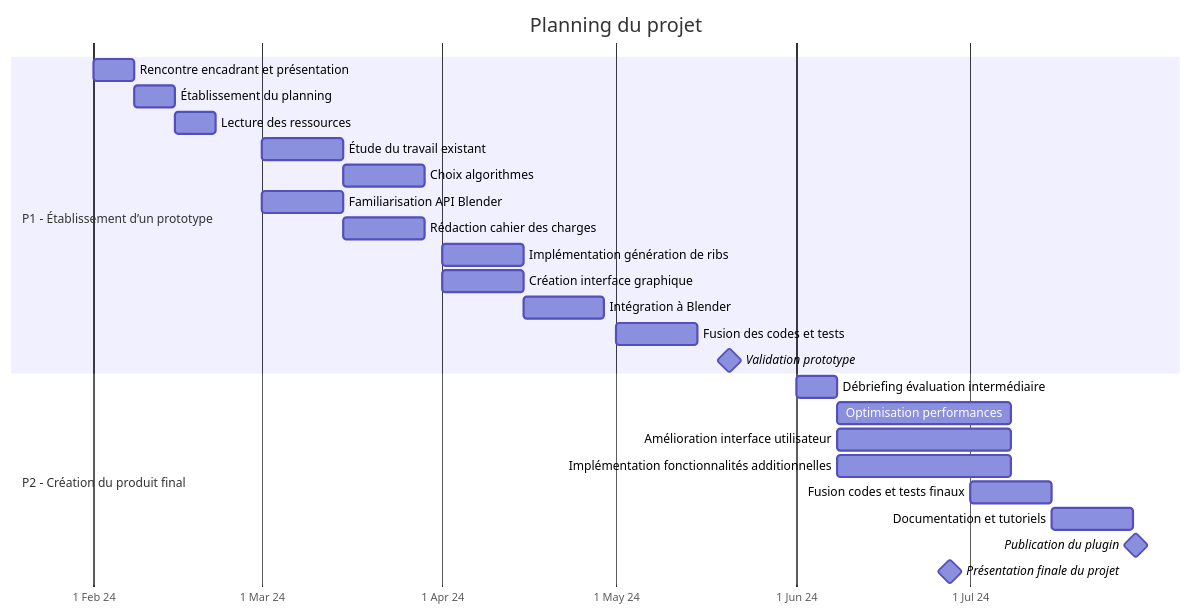
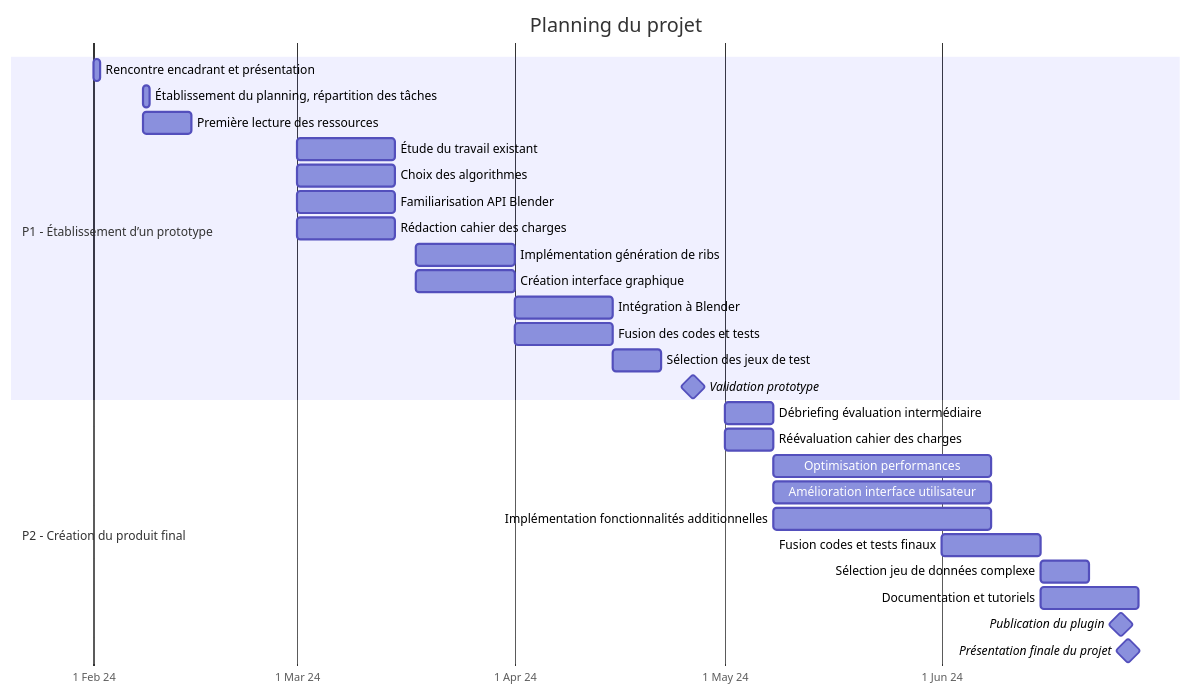
Before and after one commit to AlexisSkynner/Spineloft: the diagram in PLANNING.md, drawn with Mermaid.

````diff
--- a/PLANNING.md
+++ b/PLANNING.md
@@ -15,33 +15,36 @@
 ```mermaid
 gantt
 title Planning du projet
 dateFormat DD/MM/YYYY
 axisFormat %e %b %y
 tickInterval 1month
 weekday monday
 todayMarker off
 
 section P1 - Établissement d’un prototype
-Rencontre encadrant et présentation: 01/02/2024, 1w
-Établissement du planning: 08/02/2024, 1w
-Lecture des ressources: 15/02/2024, 1w
+Rencontre encadrant et présentation: 01/02/2024, 1d
+Établissement du planning, répartition des tâches: 08/02/2024, 1d
+Première lecture des ressources: 08/02/2024, 1w
 Étude du travail existant: 01/03/2024, 2w
-Choix algorithmes: 15/03/2024, 2w
+Choix des algorithmes: 01/03/2024, 2w
 Familiarisation API Blender: 01/03/2024, 2w
-Rédaction cahier des charges: 15/03/2024, 2w
-Implémentation génération de ribs: 01/04/2024, 2w
-Création interface graphique: 01/04/2024, 2w
-Intégration à Blender: 15/04/2024, 2w
-Fusion des codes et tests: 01/05/2024, 2w
-Validation prototype: milestone, 20/05/2024, 1d
+Rédaction cahier des charges: 01/03/2024, 2w
+Implémentation génération de ribs: 18/03/2024, 2w
+Création interface graphique: 18/03/2024, 2w
+Intégration à Blender: 01/04/2024, 2w
+Fusion des codes et tests: 01/04/2024, 2w
+Sélection des jeux de test: 15/04/2024, 1w
+Validation prototype: milestone, 26/04/2024, 1d
 
 section P2 - Création du produit final
-Débriefing évaluation intermédiaire: 01/06/2024, 1w
-Optimisation performances: 08/06/2024, 1M
-Amélioration interface utilisateur: 08/06/2024, 1M
-Implémentation fonctionnalités additionnelles: 08/06/2024, 1M
-Fusion codes et tests finaux: 01/07/2024, 2w
-Documentation et tutoriels: 15/07/2024, 2w
-Publication du plugin: milestone, 29/07/2024, 1d
+Débriefing évaluation intermédiaire: 01/05/2024, 1w
+Réévaluation cahier des charges: 01/05/2024, 1w
+Optimisation performances: 08/05/2024, 1M
+Amélioration interface utilisateur: 08/05/2024, 1M
+Implémentation fonctionnalités additionnelles: 08/05/2024, 1M
+Fusion codes et tests finaux: 01/06/2024, 2w
+Sélection jeu de données complexe: 15/06/2024, 1w
+Documentation et tutoriels: 15/06/2024, 2w
+Publication du plugin: milestone, 26/06/2024, 1d
 Présentation finale du projet: milestone, 27/06/2024, 1d
 ```
````
